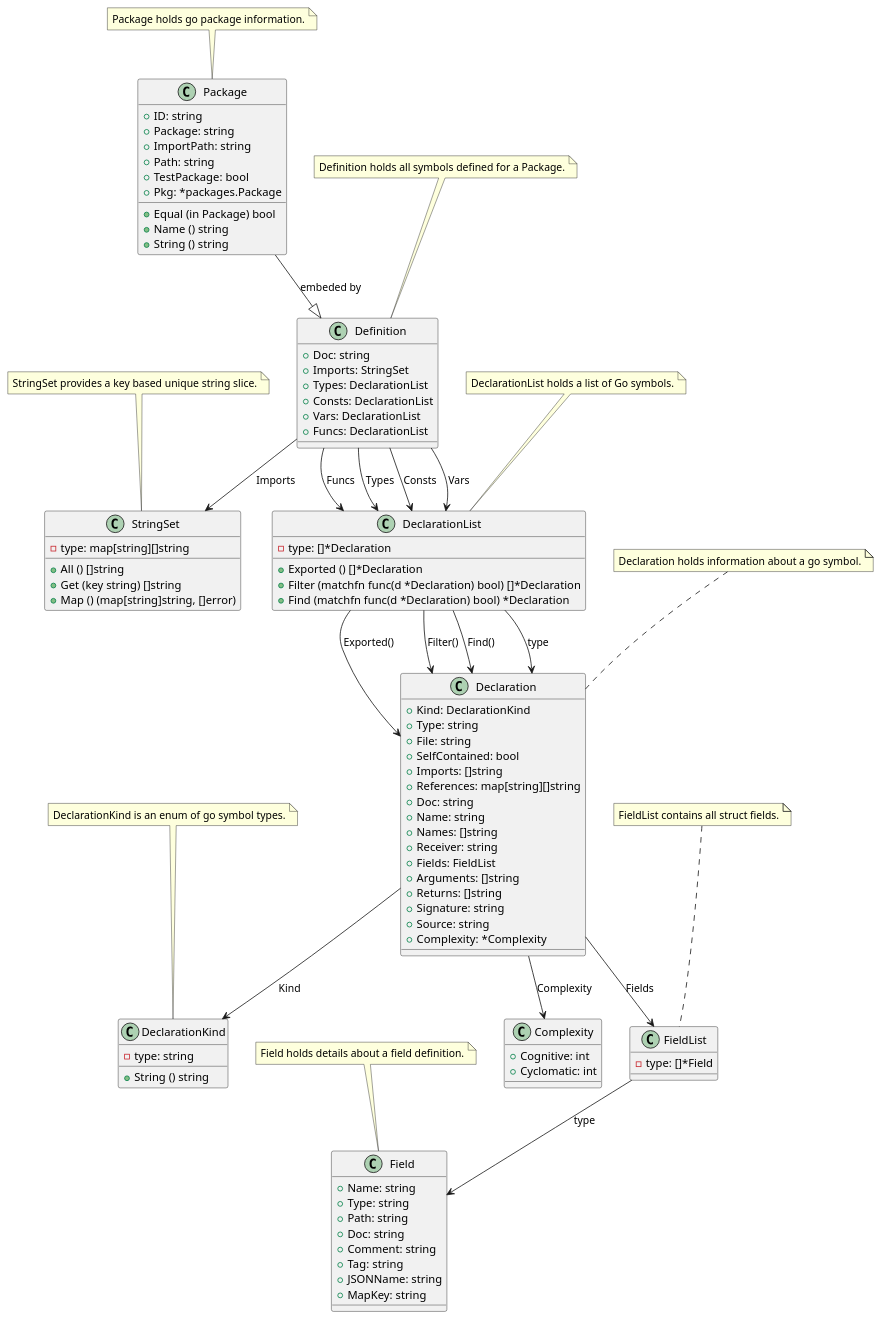
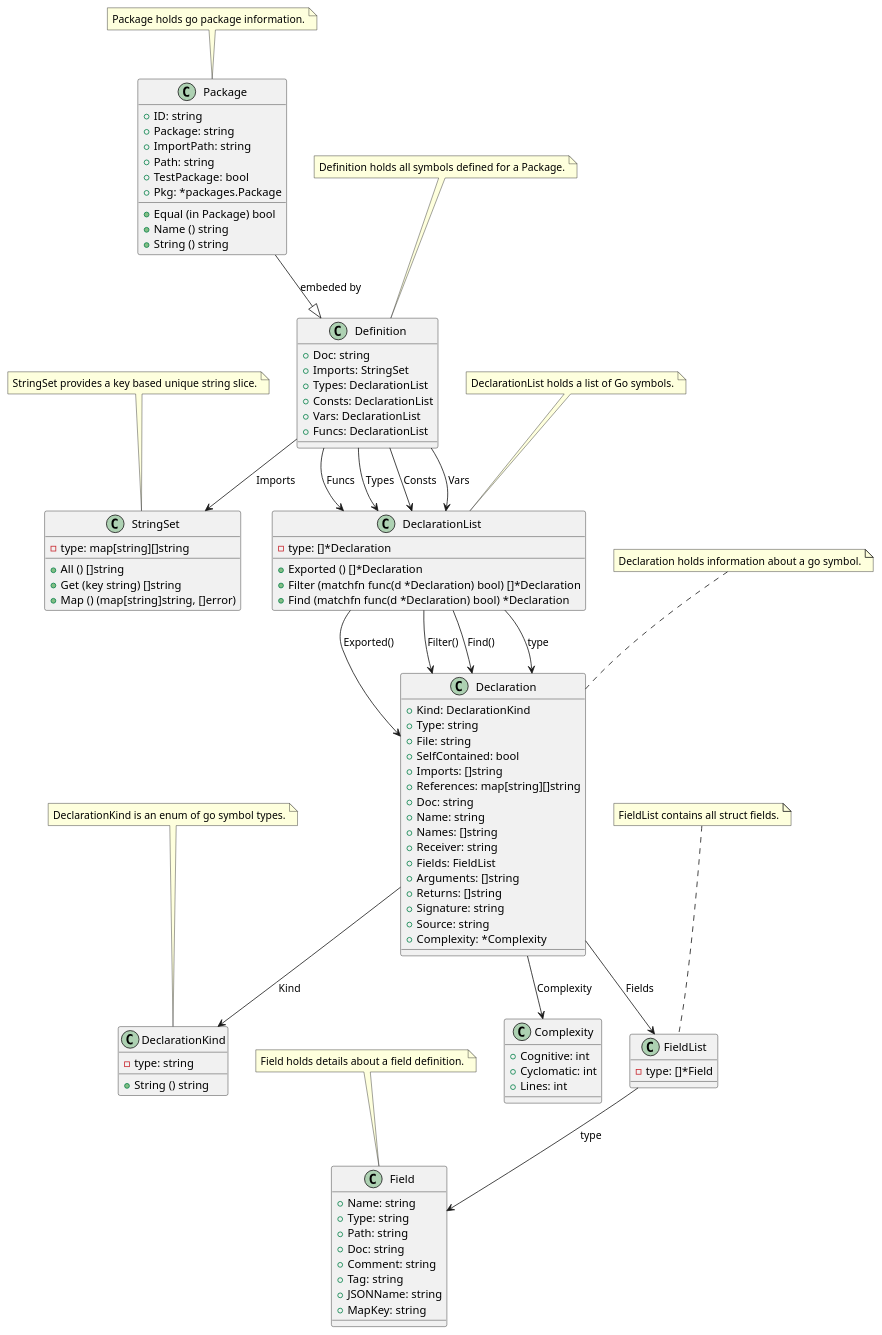
The diagram in cmd/go-fsck/model/restored/go-fsck.puml (titpetric/exp), drawn with PlantUML before and after one commit. The commit also changed 7 other files, not shown here.

```diff
--- a/cmd/go-fsck/model/restored/go-fsck.puml
+++ b/cmd/go-fsck/model/restored/go-fsck.puml
@@ -1,146 +1,147 @@
 @startuml
 
 class Complexity {
   + Cognitive: int
   + Cyclomatic: int
+  + Lines: int
 }
 
 class Declaration {
   + Kind: DeclarationKind
   + Type: string
   + File: string
   + SelfContained: bool
   + Imports: []string
   + References: map[string][]string
   + Doc: string
   + Name: string
   + Names: []string
   + Receiver: string
   + Fields: FieldList
   + Arguments: []string
   + Returns: []string
   + Signature: string
   + Source: string
   + Complexity: *Complexity
 }
 
 class DeclarationKind {
   - type: string
   + String () string
 }
 
 class DeclarationList {
   - type: []*Declaration
   + Exported () []*Declaration
   + Filter (matchfn func(d *Declaration) bool) []*Declaration
   + Find (matchfn func(d *Declaration) bool) *Declaration
 }
 
 class Definition {
   + Doc: string
   + Imports: StringSet
   + Types: DeclarationList
   + Consts: DeclarationList
   + Vars: DeclarationList
   + Funcs: DeclarationList
 }
 
 class Field {
   + Name: string
   + Type: string
   + Path: string
   + Doc: string
   + Comment: string
   + Tag: string
   + JSONName: string
   + MapKey: string
 }
 
 class FieldList {
   - type: []*Field
 }
 
 class Package {
   + ID: string
   + Package: string
   + ImportPath: string
   + Path: string
   + TestPackage: bool
   + Pkg: *packages.Package
   + Equal (in Package) bool
   + Name () string
   + String () string
 }
 
 class StringSet {
   - type: map[string][]string
   + All () []string
   + Get (key string) []string
   + Map () (map[string]string, []error)
 }
 
 
 Declaration --> DeclarationKind : Kind
 Declaration --> FieldList : Fields
 Declaration --> Complexity : Complexity
 
 note top of Declaration
 Declaration holds information about a go symbol.
 end note
 
 
 
 note top of DeclarationKind
 DeclarationKind is an enum of go symbol types.
 end note
 
 
 DeclarationList --> Declaration : type
 
 note top of DeclarationList
 DeclarationList holds a list of Go symbols.
 end note
 
 
 DeclarationList --> Declaration : Exported()
 DeclarationList --> Declaration : Filter()
 DeclarationList --> Declaration : Find()
 Package --|> Definition : embeded by
 Definition --> StringSet : Imports
 Definition --> DeclarationList : Types
 Definition --> DeclarationList : Consts
 Definition --> DeclarationList : Vars
 Definition --> DeclarationList : Funcs
 
 note top of Definition
 Definition holds all symbols defined for a Package.
 end note
 
 
 
 note top of Field
 Field holds details about a field definition.
 end note
 
 
 FieldList --> Field : type
 
 note top of FieldList
 FieldList contains all struct fields.
 end note
 
 
 
 note top of Package
 Package holds go package information.
 end note
 
 
 
 note top of StringSet
 StringSet provides a key based unique string slice.
 end note
 
 
 
 @enduml
```
